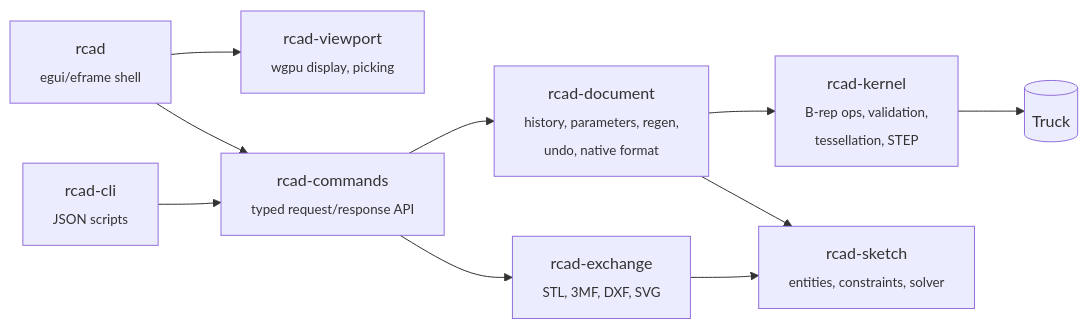
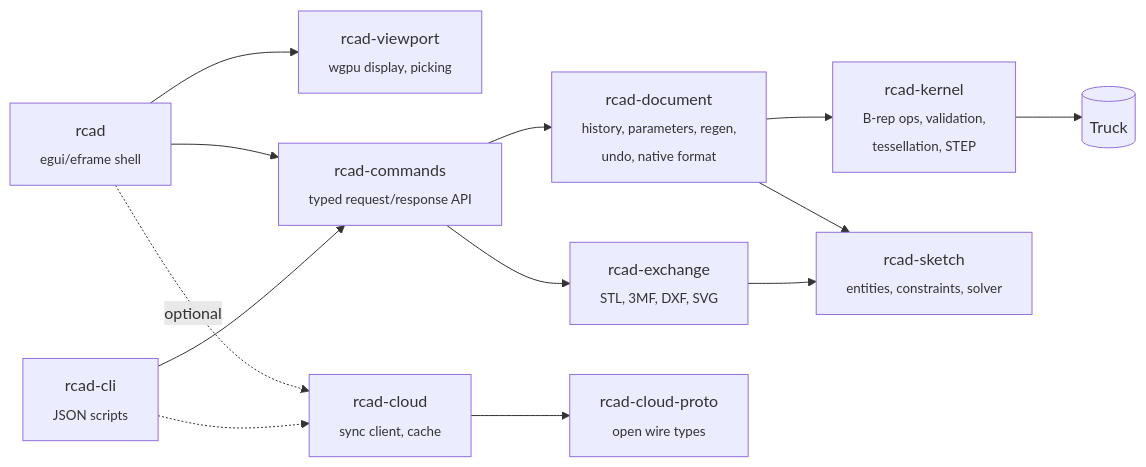
The diagram in README.md (aped/Fission420), drawn with Mermaid before and after one commit. The commit also changed other lines of this file and 2 other files, not shown here.

Commit message:
README and changelog: the optional sync server client

````diff
--- a/README.md
+++ b/README.md
@@ -153,13 +154,16 @@
 ```mermaid
 flowchart LR
     app["rcad<br/><sub>egui/eframe shell</sub>"] --> viewport["rcad-viewport<br/><sub>wgpu display, picking</sub>"]
     app --> commands
     cli["rcad-cli<br/><sub>JSON scripts</sub>"] --> commands
     commands["rcad-commands<br/><sub>typed request/response API</sub>"] --> document
     commands --> exchange
     document["rcad-document<br/><sub>history, parameters, regen,<br/>undo, native format</sub>"] --> kernel
     document --> sketch
     exchange["rcad-exchange<br/><sub>STL, 3MF, DXF, SVG</sub>"] --> sketch
     kernel["rcad-kernel<br/><sub>B-rep ops, validation,<br/>tessellation, STEP</sub>"] --> truck[("Truck")]
     sketch["rcad-sketch<br/><sub>entities, constraints, solver</sub>"]
+    app -. "optional" .-> cloud["rcad-cloud<br/><sub>sync client, cache</sub>"]
+    cli -.-> cloud
+    cloud --> proto["rcad-cloud-proto<br/><sub>open wire types</sub>"]
 ```
````
